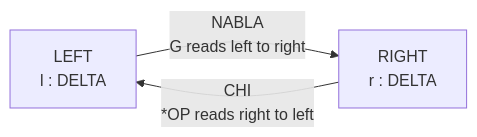
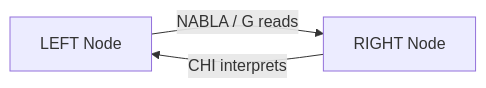
The sixth of 37 diagrams in @CGS.md (flipoyo/ComplexGitSync), drawn with Mermaid before and after one commit. The commit also changed other lines of this file, not shown here.

````diff
--- a/@CGS.md
+++ b/@CGS.md
@@ -149,8 +185,8 @@
 ```mermaid
 flowchart LR
-    L["LEFT<br/>l : DELTA"]
-    R["RIGHT<br/>r : DELTA"]
+    L["LEFT Node"]
+    R["RIGHT Node"]
 
-    L -->|"NABLA<br/>G reads left to right"| R
-    R -->|"CHI<br/>*OP reads right to left"| L
+    L -->|"NABLA / G reads"| R
+    R -->|"CHI interprets"| L
 ```
````
